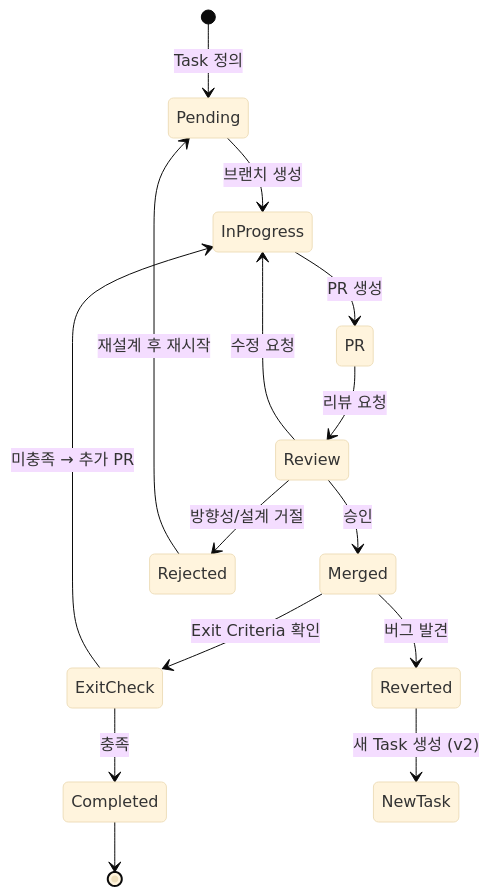
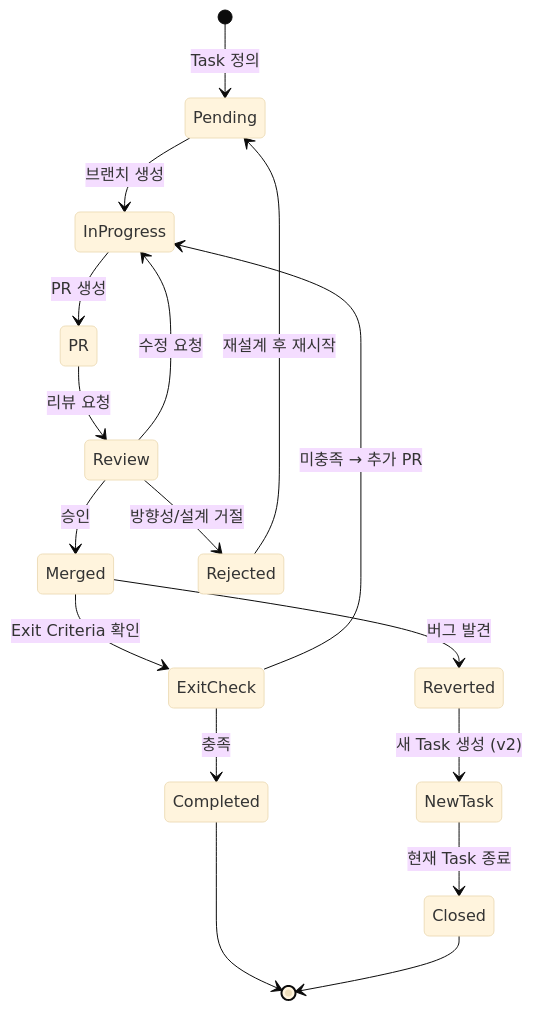
One commit to cagojeiger/code-hub changed the fifth of 8 diagrams in docs/workflow.md. Above: the diagram before and after it, drawn with Mermaid (base theme). The commit also changed other lines of this file, not shown here.

````diff
--- a/docs/workflow.md
+++ b/docs/workflow.md
@@ -226,27 +246,29 @@
 ```mermaid
 stateDiagram-v2
     [*] --> Pending: Task 정의
 
     Pending --> InProgress: 브랜치 생성
 
     InProgress --> PR: PR 생성
 
     PR --> Review: 리뷰 요청
 
     Review --> Merged: 승인
     Review --> InProgress: 수정 요청
     Review --> Rejected: 방향성/설계 거절
 
     Rejected --> Pending: 재설계 후 재시작
 
     Merged --> ExitCheck: Exit Criteria 확인
 
     ExitCheck --> Completed: 충족
     ExitCheck --> InProgress: 미충족 → 추가 PR
 
     Merged --> Reverted: 버그 발견
 
     Reverted --> NewTask: 새 Task 생성 (v2)
+    NewTask --> Closed: 현재 Task 종료
 
     Completed --> [*]
+    Closed --> [*]
 ```
````
